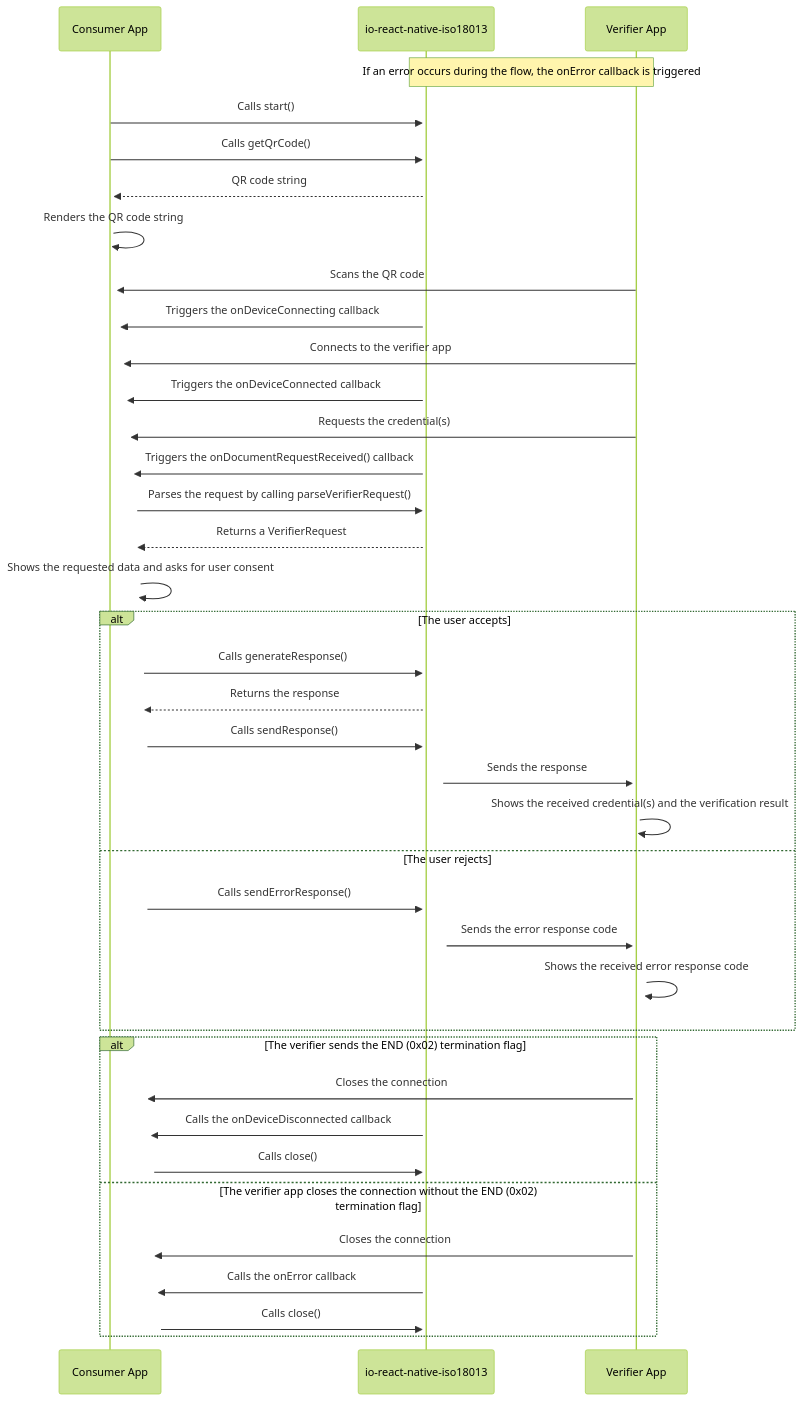
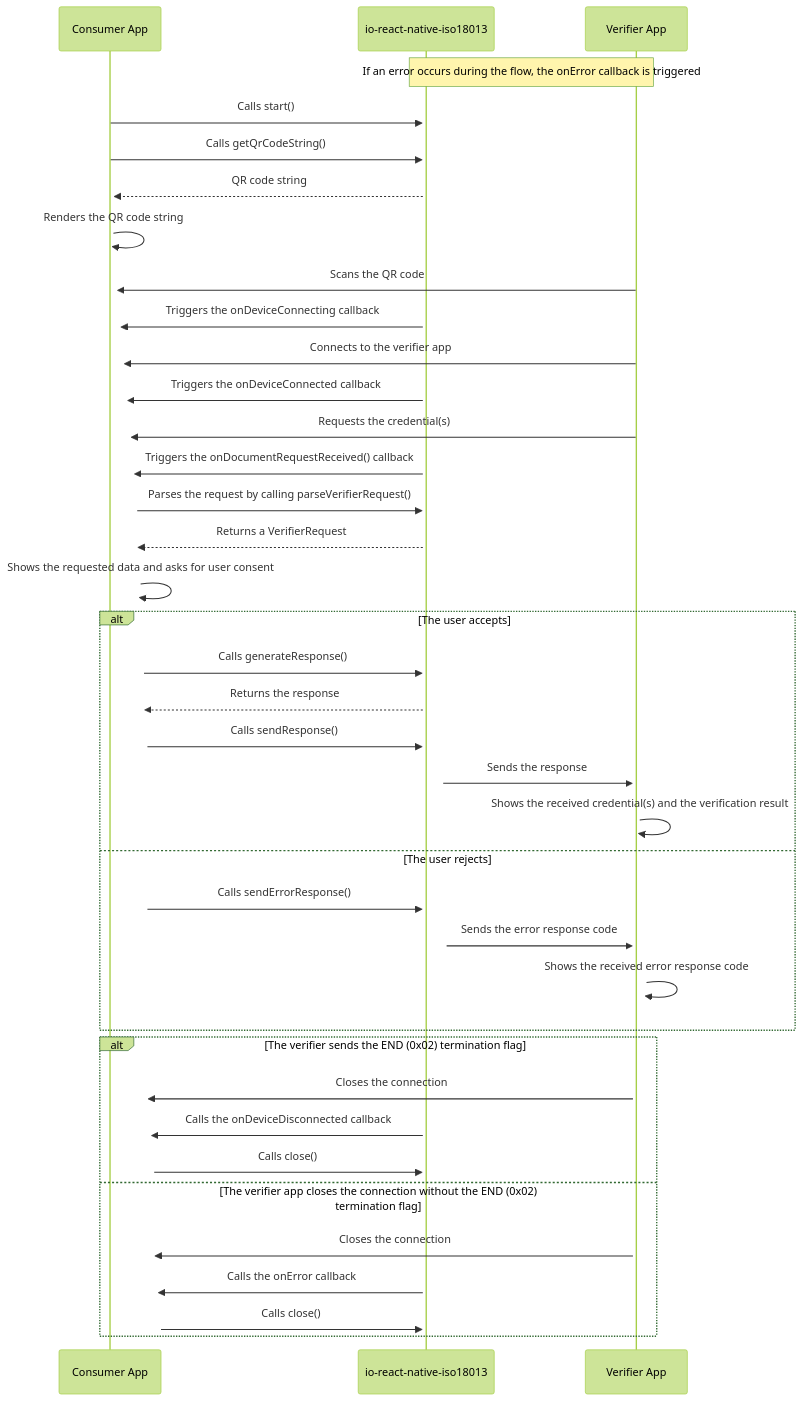
One commit to pagopa/io-react-native-iso18013 changed the second of 2 diagrams in src/iso18013/iso18013-5/README.md. Above: the diagram before and after it, drawn with Mermaid (forest theme). The commit also changed other lines of this file and 2 other files, not shown here.

````diff
--- a/src/iso18013/iso18013-5/README.md
+++ b/src/iso18013/iso18013-5/README.md
@@ -265,41 +310,41 @@
 ```mermaid
 sequenceDiagram
     participant app as Consumer App
     participant proximity as io-react-native-iso18013
     participant verifier as Verifier App
 
     Note over proximity, verifier: If an error occurs during the flow, the onError callback is triggered
     app->>+proximity: Calls start()
-    app->>+proximity: Calls getQrCode()
+    app->>+proximity: Calls getQrCodeString()
     proximity-->>+app: QR code string
     app->>+app: Renders the QR code string
     verifier->>+app: Scans the QR code
     proximity->>+app: Triggers the onDeviceConnecting callback
     verifier->>+app: Connects to the verifier app
     proximity->>+app: Triggers the onDeviceConnected callback
     verifier->>+app: Requests the credential(s)
     proximity->>+app: Triggers the onDocumentRequestReceived() callback
     app->>+proximity: Parses the request by calling parseVerifierRequest()
     proximity-->>+app: Returns a VerifierRequest
     app->>+app: Shows the requested data and asks for user consent
     alt The user accepts
         app->>+proximity: Calls generateResponse()
         proximity-->>+app: Returns the response
         app->>+proximity: Calls sendResponse()
         proximity->>+verifier: Sends the response
         verifier->>+verifier: Shows the received credential(s) and the verification result
     else The user rejects
         app->>+proximity: Calls sendErrorResponse()
         proximity->>+verifier: Sends the error response code
         verifier->>+verifier: Shows the received error response code
     end
     alt The verifier sends the END (0x02) termination flag
       verifier->>+app: Closes the connection
       proximity->>+app: Calls the onDeviceDisconnected callback
       app->>+proximity: Calls close()
     else The verifier app closes the connection without the END (0x02) termination flag
       verifier->>+app: Closes the connection
       proximity->>+app: Calls the onError callback
       app->>+proximity: Calls close()
     end
 ```
````
